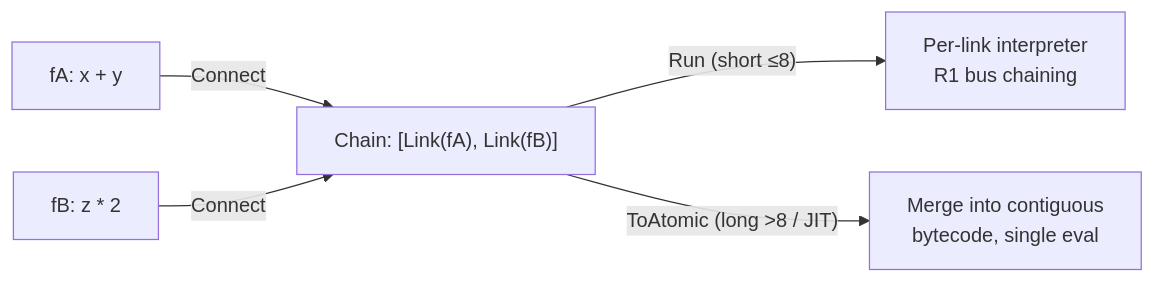
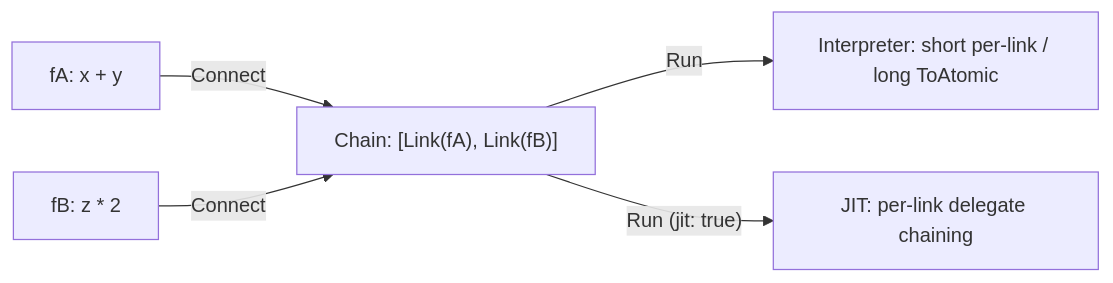
One commit to twds0x13/FluxFormula changed the second of 2 diagrams in docs/en/guide/core-concepts.md. Above: the diagram before and after it, drawn with Mermaid. The commit also changed other lines of this file and 22 other files, not shown here.

````diff
--- a/docs/en/guide/core-concepts.md
+++ b/docs/en/guide/core-concepts.md
@@ -121,7 +121,7 @@
 ```mermaid
 graph LR
     A["fA: x + y"] -->|Connect| C["Chain: [Link(fA), Link(fB)]"]
     B["fB: z * 2"] -->|Connect| C
-    C -->|"Run (short ≤8)"| D["Per-link interpreter<br/>R1 bus chaining"]
-    C -->|"ToAtomic (long >8 / JIT)"| E["Merge into contiguous<br/>bytecode, single eval"]
+    C -->|"Run"| D["Interpreter: short per-link / long ToAtomic"]
+    C -->|"Run (jit: true)"| E["JIT: per-link delegate chaining"]
 ```
````
